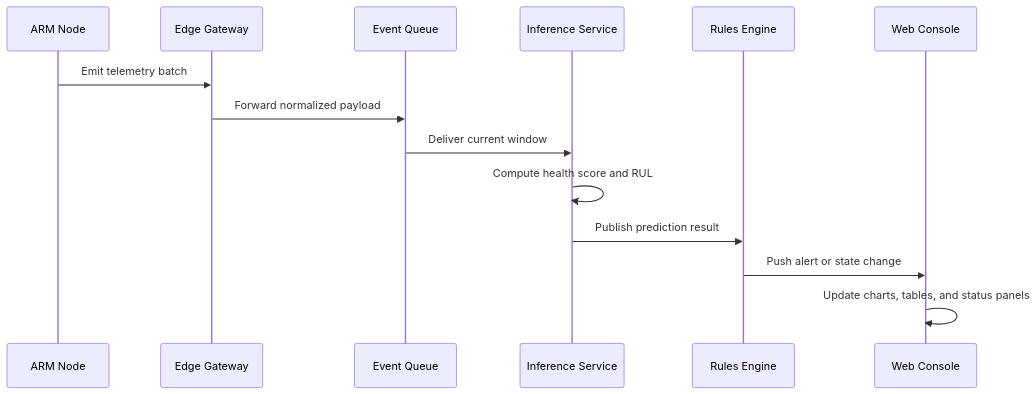
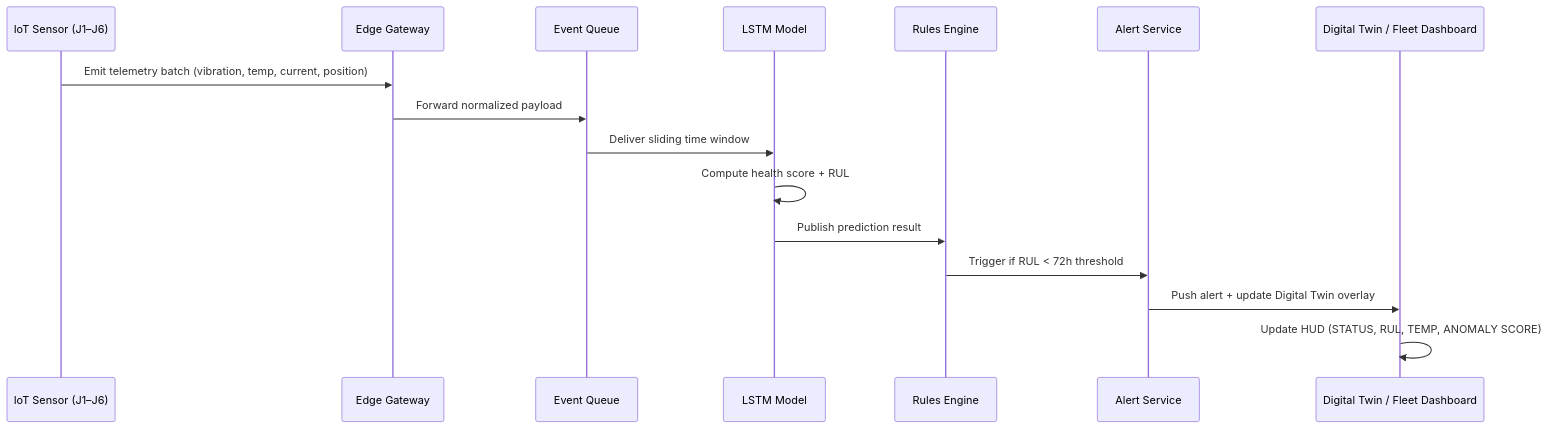
One commit to deepdevjose/Arm-SaaS changed the third of 3 diagrams in docs/arm-health-architecture.md. Above: the diagram before and after it, drawn with Mermaid. The commit also changed other lines of this file and 66 other files, not shown here.

Commit message:
feat: initialize SaaS platform architecture with Next.js, internationalization, and core UI components

````diff
--- a/docs/arm-health-architecture.md
+++ b/docs/arm-health-architecture.md
@@ -207,17 +173,19 @@
 ```mermaid
 sequenceDiagram
-    participant Device as ARM Node
-    participant Gateway as Edge Gateway
-    participant Bus as Event Queue
-    participant AI as Inference Service
+    participant Sensor as IoT Sensor (J1–J6)
+    participant GW as Edge Gateway
+    participant Queue as Event Queue
+    participant LSTM as LSTM Model
     participant Rules as Rules Engine
-    participant Web as Web Console
+    participant Alert as Alert Service
+    participant UI as Digital Twin / Fleet Dashboard
 
-    Device->>Gateway: Emit telemetry batch
-    Gateway->>Bus: Forward normalized payload
-    Bus->>AI: Deliver current window
-    AI->>AI: Compute health score and RUL
-    AI->>Rules: Publish prediction result
-    Rules->>Web: Push alert or state change
-    Web->>Web: Update charts, tables, and status panels
+    Sensor->>GW: Emit telemetry batch (vibration, temp, current, position)
+    GW->>Queue: Forward normalized payload
+    Queue->>LSTM: Deliver sliding time window
+    LSTM->>LSTM: Compute health score + RUL
+    LSTM->>Rules: Publish prediction result
+    Rules->>Alert: Trigger if RUL < 72h threshold
+    Alert->>UI: Push alert + update Digital Twin overlay
+    UI->>UI: Update HUD (STATUS, RUL, TEMP, ANOMALY SCORE)
 ```
````
